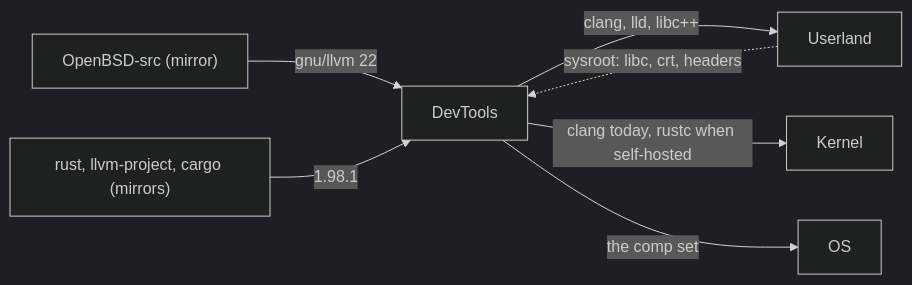
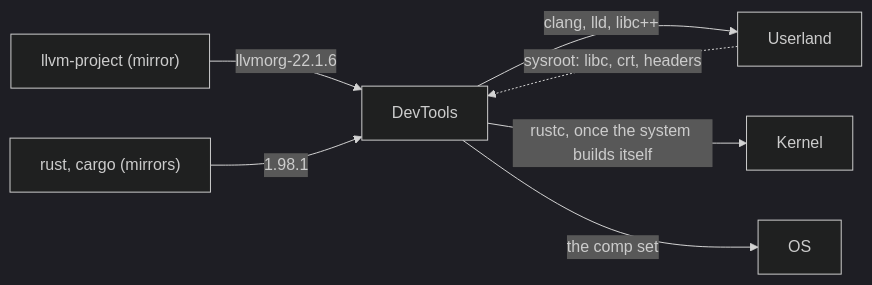
One commit to EmiBSD/DevTools changed the diagram in README.md. Above: the diagram before and after it, drawn with Mermaid (dark theme). The commit also changed other lines of this file and 11 other files, not shown here.

First line of the commit message:
devtools: nothing of OpenBSD; one upstream LLVM from the fork (Governance G-0015)

````diff
--- a/README.md
+++ b/README.md
@@ -42,9 +42,9 @@
 ```mermaid
 flowchart LR
-    obsd["OpenBSD-src (mirror)"] -- "gnu/llvm 22" --> dev["DevTools"]
-    rust["rust, llvm-project, cargo (mirrors)"] -- "1.98.1" --> dev
+    llvm["llvm-project (mirror)"] -- "llvmorg-22.1.6" --> dev["DevTools"]
+    rust["rust, cargo (mirrors)"] -- "1.98.1" --> dev
     dev -- "clang, lld, libc++" --> ul["Userland"]
-    dev -- "clang today, rustc when self-hosted" --> k["Kernel"]
+    dev -- "rustc, once the system builds itself" --> k["Kernel"]
     dev -- "the comp set" --> os["OS"]
     ul -. "sysroot: libc, crt, headers" .-> dev
 ```
````
